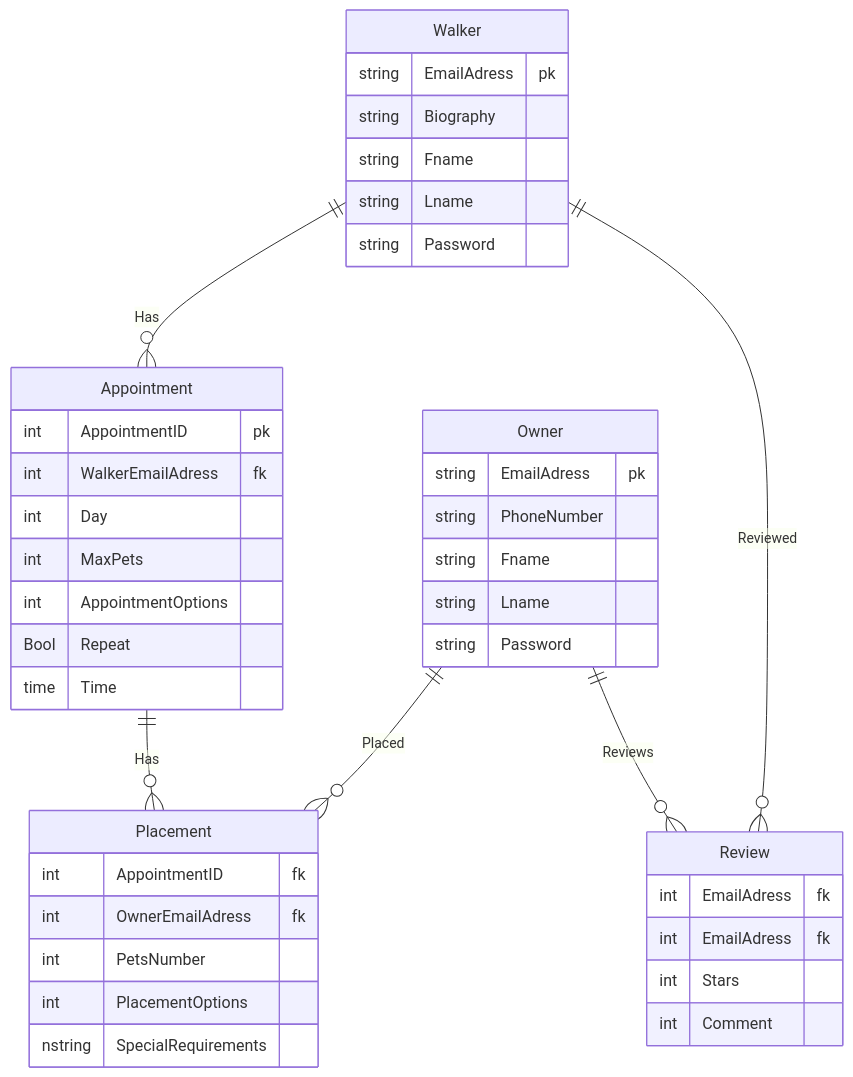
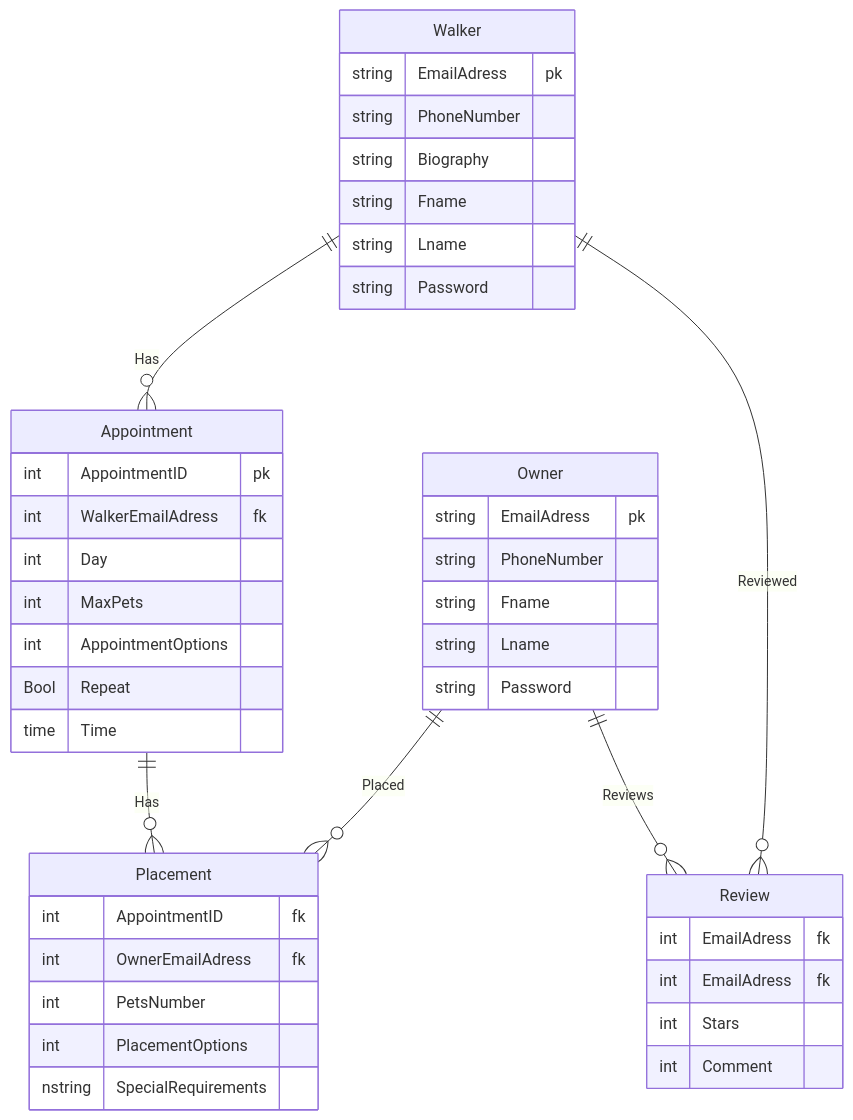
One commit to penguinjuice311/coursework changed the diagram in erd.md. Above: the diagram before and after it, drawn with Mermaid.

````diff
--- a/erd.md
+++ b/erd.md
@@ -1,46 +1,47 @@
 ```mermaid
 erDiagram
 
 Walker ||--o{Appointment: Has
 Appointment ||--o{Placement: Has
 Owner ||--o{Placement: Placed
 Walker ||--o{Review: Reviewed
 Owner ||--o{Review: Reviews
 
 Walker {
   string EmailAdress pk
+  string PhoneNumber
   string Biography 
   string Fname
   string Lname
   string Password }
 
 Owner {
   string EmailAdress pk
   string PhoneNumber 
   string Fname
   string Lname
   string Password }
 
 Appointment {
   int AppointmentID pk
   int WalkerEmailAdress fk
   int Day 
   int MaxPets
   int AppointmentOptions
   Bool Repeat
   time Time }
 
 Placement {
   int AppointmentID fk
   int OwnerEmailAdress fk
   int PetsNumber
   int PlacementOptions
   nstring SpecialRequirements }
 
 Review {
   int EmailAdress fk
   int EmailAdress fk
   int Stars
   int Comment }
 
 ```
````
